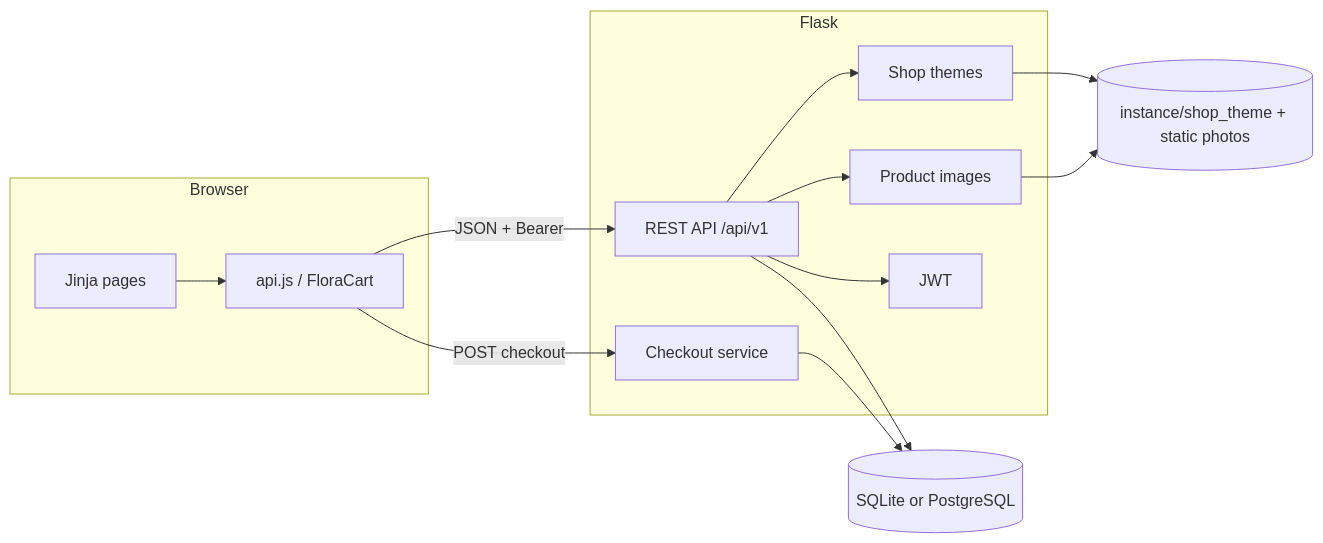
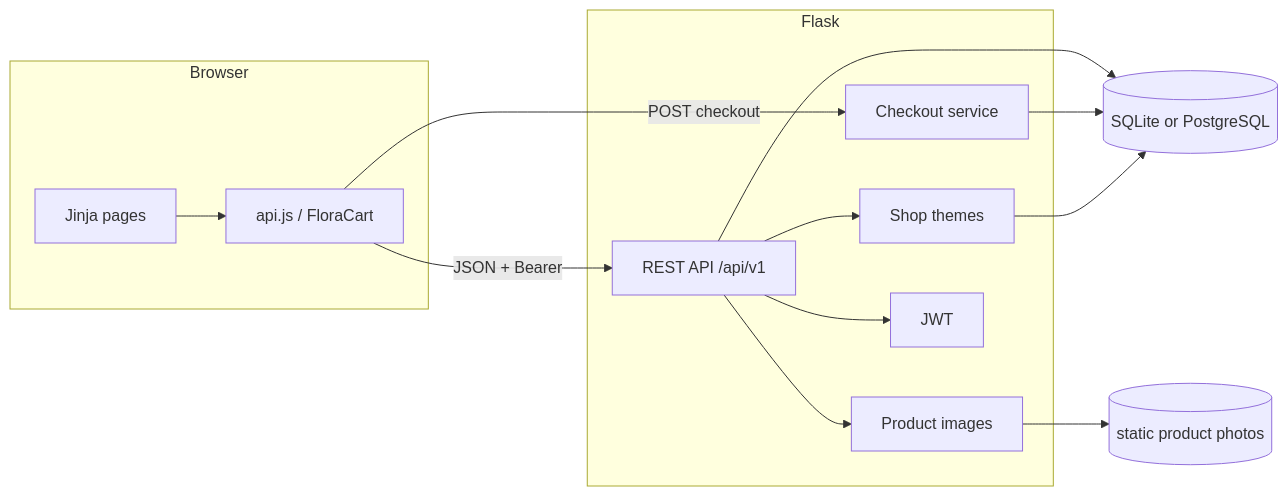
The first of 3 diagrams in README.md (Issercio/Demo-day), drawn with Mermaid before and after one commit. The commit also changed other lines of this file and 12 other files, not shown here.

First line of the commit message:
Store shop themes and the live vitrine in SQL, linked to products.

````diff
--- a/README.md
+++ b/README.md
@@ -156,26 +156,26 @@
 ```mermaid
 flowchart LR
   subgraph Browser
     Pages[Jinja pages]
     JS[api.js / FloraCart]
   end
   subgraph Flask
     Restx["REST API /api/v1"]
     Pay[Checkout service]
     Themes[Shop themes]
     Photos[Product images]
     Auth[JWT]
   end
   DB[(SQLite or PostgreSQL)]
-  Disk[(instance/shop_theme + static photos)]
+  Disk[(static product photos)]
   Pages --> JS
   JS -->|JSON + Bearer| Restx
   JS -->|POST checkout| Pay
   Restx --> Auth
   Restx --> Themes
   Restx --> Photos
   Restx --> DB
   Pay --> DB
-  Themes --> Disk
+  Themes --> DB
   Photos --> Disk
 ```
````
